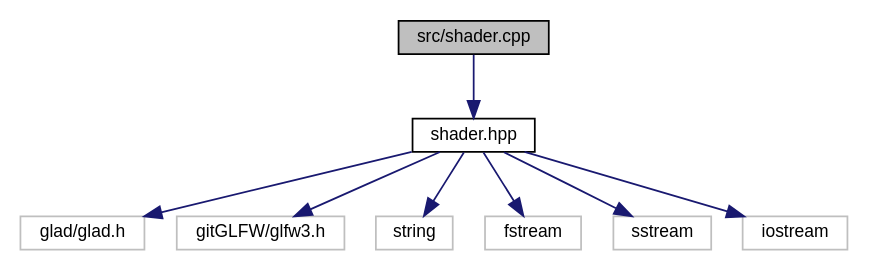
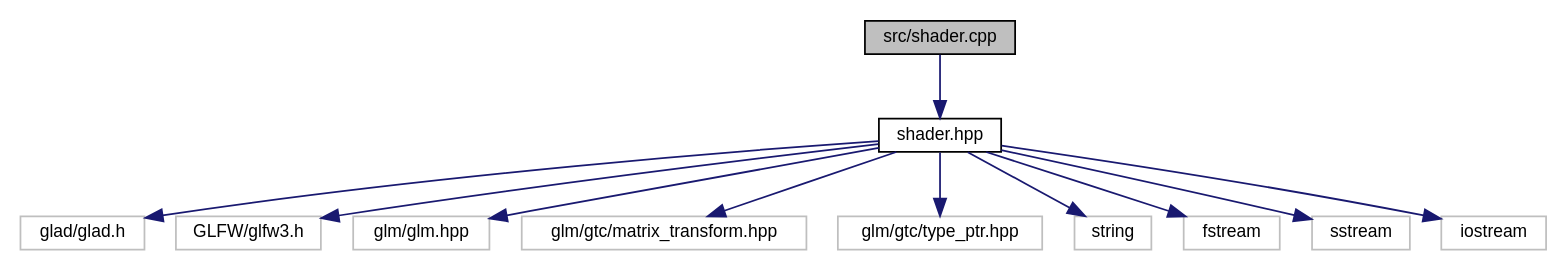
One commit to noah1510/redhand changed the diagram in shader_8cpp__incl.dot. Above: the diagram before and after it, drawn with Graphviz. The commit also changed 96 other files, not shown here.

```diff
--- a/shader_8cpp__incl.dot
+++ b/shader_8cpp__incl.dot
@@ -1,20 +1,26 @@
 digraph "src/shader.cpp"
 {
   edge [fontname="Helvetica",fontsize="10",labelfontname="Helvetica",labelfontsize="10"];
   node [fontname="Helvetica",fontsize="10",shape=record];
   Node0 [label="src/shader.cpp",height=0.2,width=0.4,color="black", fillcolor="grey75", style="filled", fontcolor="black"];
   Node0 -> Node1 [color="midnightblue",fontsize="10",style="solid",fontname="Helvetica"];
   Node1 [label="shader.hpp",height=0.2,width=0.4,color="black", fillcolor="white", style="filled",URL="$shader_8hpp.html"];
   Node1 -> Node2 [color="midnightblue",fontsize="10",style="solid",fontname="Helvetica"];
   Node2 [label="glad/glad.h",height=0.2,width=0.4,color="grey75", fillcolor="white", style="filled"];
   Node1 -> Node3 [color="midnightblue",fontsize="10",style="solid",fontname="Helvetica"];
-  Node3 [label="gitGLFW/glfw3.h",height=0.2,width=0.4,color="grey75", fillcolor="white", style="filled"];
+  Node3 [label="GLFW/glfw3.h",height=0.2,width=0.4,color="grey75", fillcolor="white", style="filled"];
   Node1 -> Node4 [color="midnightblue",fontsize="10",style="solid",fontname="Helvetica"];
-  Node4 [label="string",height=0.2,width=0.4,color="grey75", fillcolor="white", style="filled"];
+  Node4 [label="glm/glm.hpp",height=0.2,width=0.4,color="grey75", fillcolor="white", style="filled"];
   Node1 -> Node5 [color="midnightblue",fontsize="10",style="solid",fontname="Helvetica"];
-  Node5 [label="fstream",height=0.2,width=0.4,color="grey75", fillcolor="white", style="filled"];
+  Node5 [label="glm/gtc/matrix_transform.hpp",height=0.2,width=0.4,color="grey75", fillcolor="white", style="filled"];
   Node1 -> Node6 [color="midnightblue",fontsize="10",style="solid",fontname="Helvetica"];
-  Node6 [label="sstream",height=0.2,width=0.4,color="grey75", fillcolor="white", style="filled"];
+  Node6 [label="glm/gtc/type_ptr.hpp",height=0.2,width=0.4,color="grey75", fillcolor="white", style="filled"];
   Node1 -> Node7 [color="midnightblue",fontsize="10",style="solid",fontname="Helvetica"];
-  Node7 [label="iostream",height=0.2,width=0.4,color="grey75", fillcolor="white", style="filled"];
+  Node7 [label="string",height=0.2,width=0.4,color="grey75", fillcolor="white", style="filled"];
+  Node1 -> Node8 [color="midnightblue",fontsize="10",style="solid",fontname="Helvetica"];
+  Node8 [label="fstream",height=0.2,width=0.4,color="grey75", fillcolor="white", style="filled"];
+  Node1 -> Node9 [color="midnightblue",fontsize="10",style="solid",fontname="Helvetica"];
+  Node9 [label="sstream",height=0.2,width=0.4,color="grey75", fillcolor="white", style="filled"];
+  Node1 -> Node10 [color="midnightblue",fontsize="10",style="solid",fontname="Helvetica"];
+  Node10 [label="iostream",height=0.2,width=0.4,color="grey75", fillcolor="white", style="filled"];
 }
```
